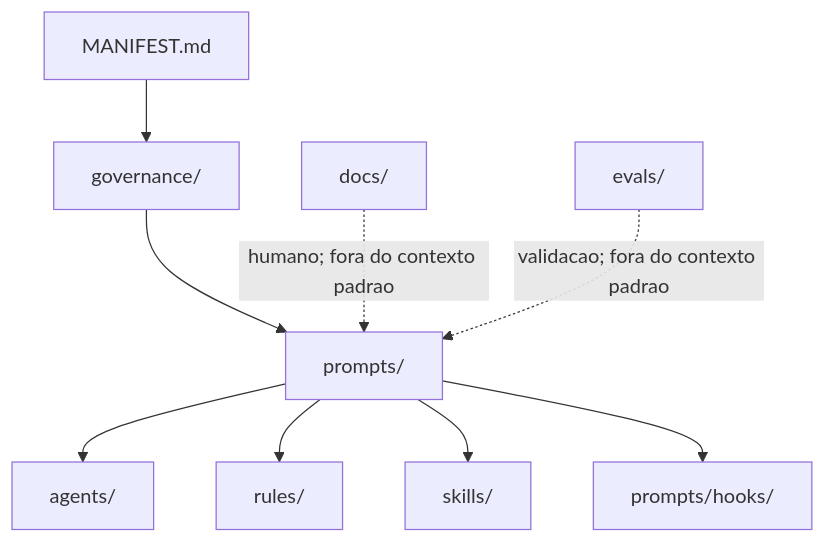
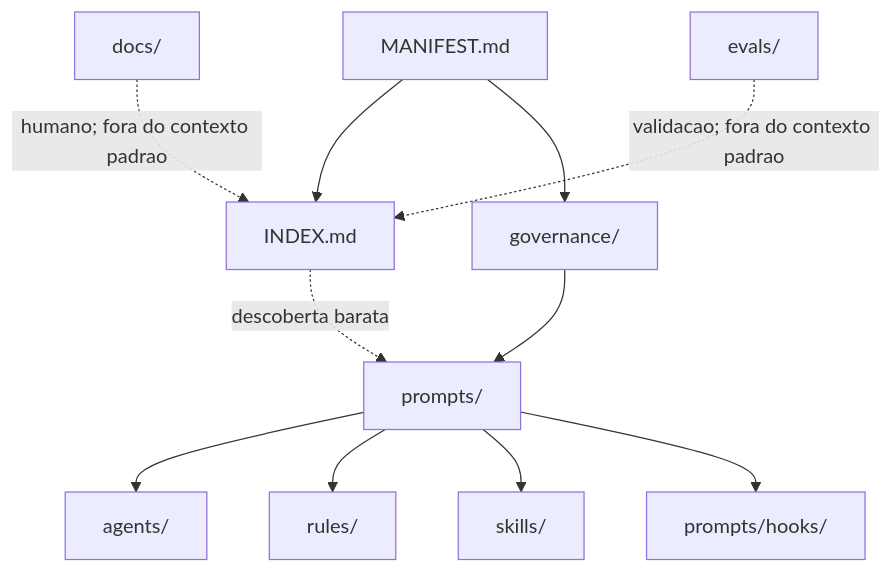
One commit to moreira-and/agent-ops changed the diagram in README.md. Above: the diagram before and after it, drawn with Mermaid. The commit also changed other lines of this file and 34 other files, not shown here.

````diff
--- a/README.md
+++ b/README.md
@@ -30,11 +35,13 @@
 ```mermaid
 flowchart TD
-    manifest["MANIFEST.md"] --> governance["governance/"]
-    governance --> prompts["prompts/"]
+    manifest["MANIFEST.md"] --> index["INDEX.md"]
+    manifest --> governance["governance/"]
+    index -. "descoberta barata" .-> prompts["prompts/"]
+    governance --> prompts
     prompts --> agents["agents/"]
     prompts --> rules["rules/"]
     prompts --> skills["skills/"]
     prompts --> hooks["prompts/hooks/"]
-    docs["docs/"] -. "humano; fora do contexto padrao" .-> prompts
-    evals["evals/"] -. "validacao; fora do contexto padrao" .-> prompts
+    docs["docs/"] -. "humano; fora do contexto padrao" .-> index
+    evals["evals/"] -. "validacao; fora do contexto padrao" .-> index
 ```
````
